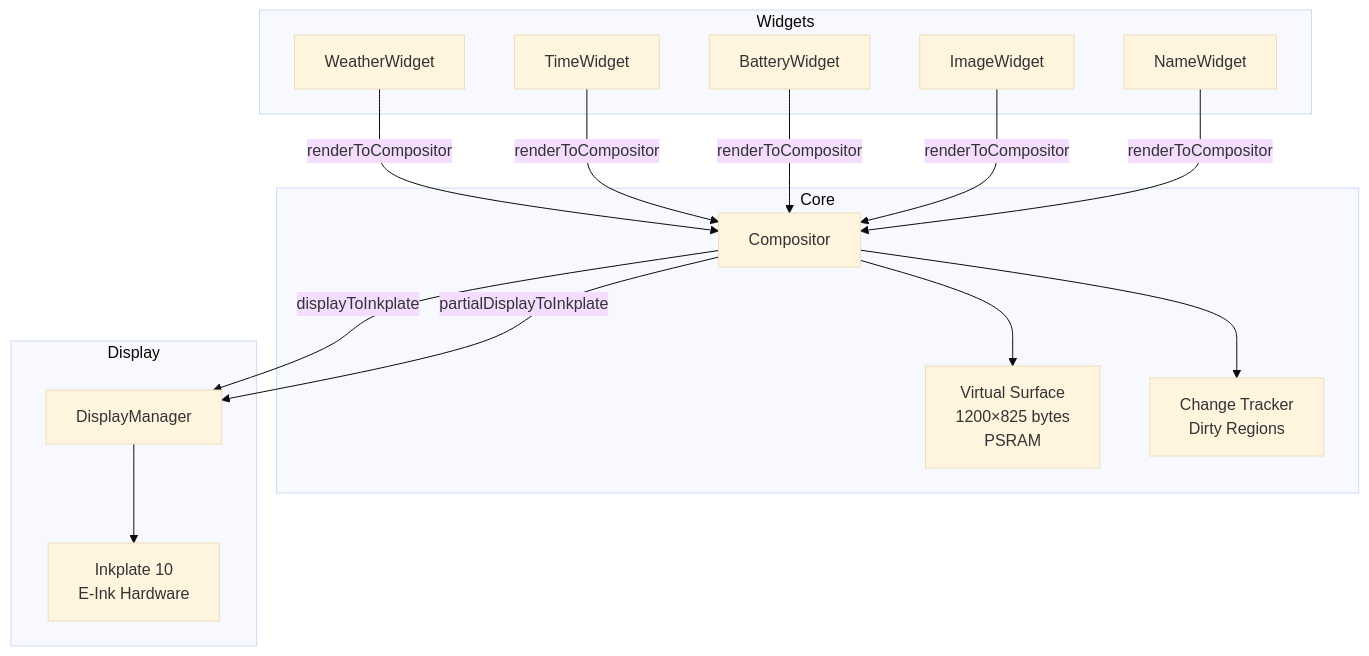
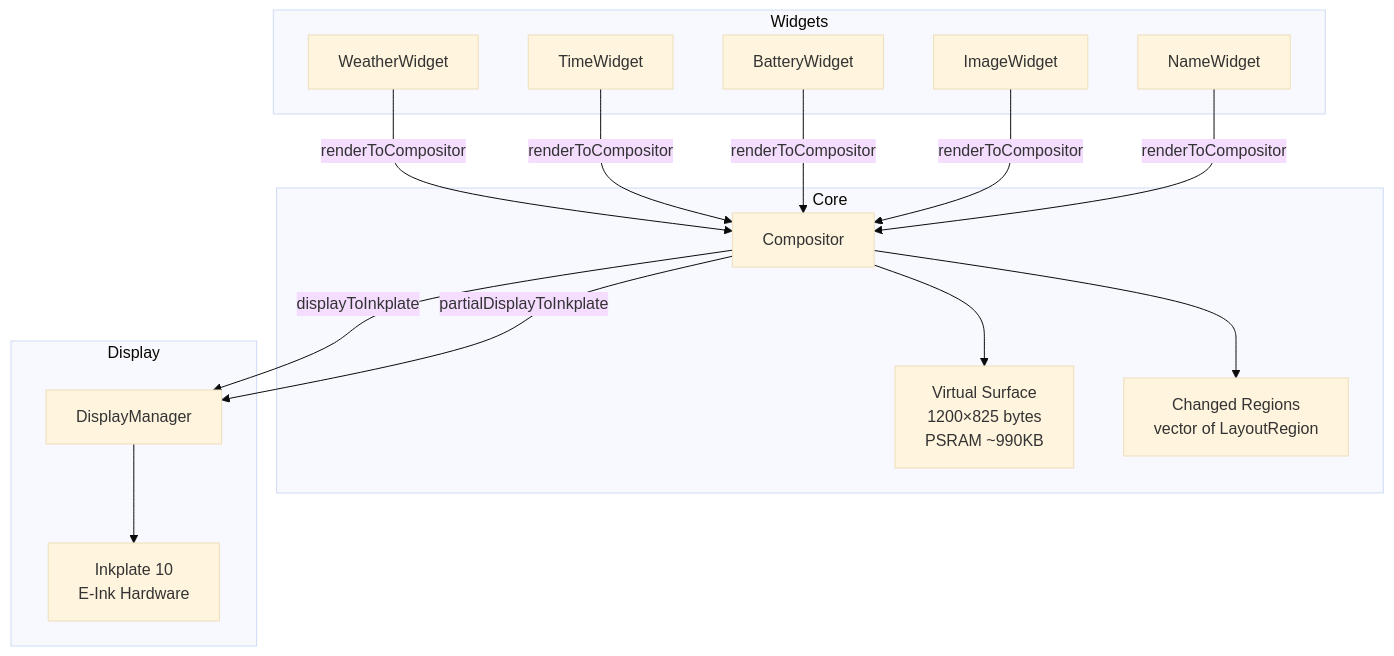
One commit to Sunhick/Inkflow changed the first of 6 diagrams in docs/compositor.md. Above: the diagram before and after it, drawn with Mermaid (base theme). The commit also changed other lines of this file, not shown here.

First line of the commit message:
docs: Update compositor.md for region-level dirty tracking

````diff
--- a/docs/compositor.md
+++ b/docs/compositor.md
@@ -11,34 +11,34 @@
 ```mermaid
 graph TD
     subgraph Widgets
         W1[WeatherWidget]
         W2[TimeWidget]
         W3[BatteryWidget]
         W4[ImageWidget]
         W5[NameWidget]
     end
 
     subgraph Core
         C[Compositor]
-        VS[Virtual Surface<br/>1200×825 bytes<br/>PSRAM]
-        CT[Change Tracker<br/>Dirty Regions]
+        VS[Virtual Surface<br/>1200×825 bytes<br/>PSRAM ~990KB]
+        CT[Changed Regions<br/>vector of LayoutRegion]
     end
 
     subgraph Display
         DM[DisplayManager]
         INK[Inkplate 10<br/>E-Ink Hardware]
     end
 
     W1 -->|renderToCompositor| C
     W2 -->|renderToCompositor| C
     W3 -->|renderToCompositor| C
     W4 -->|renderToCompositor| C
     W5 -->|renderToCompositor| C
 
     C --> VS
     C --> CT
 
     C -->|displayToInkplate| DM
     C -->|partialDisplayToInkplate| DM
     DM --> INK
 ```
````
